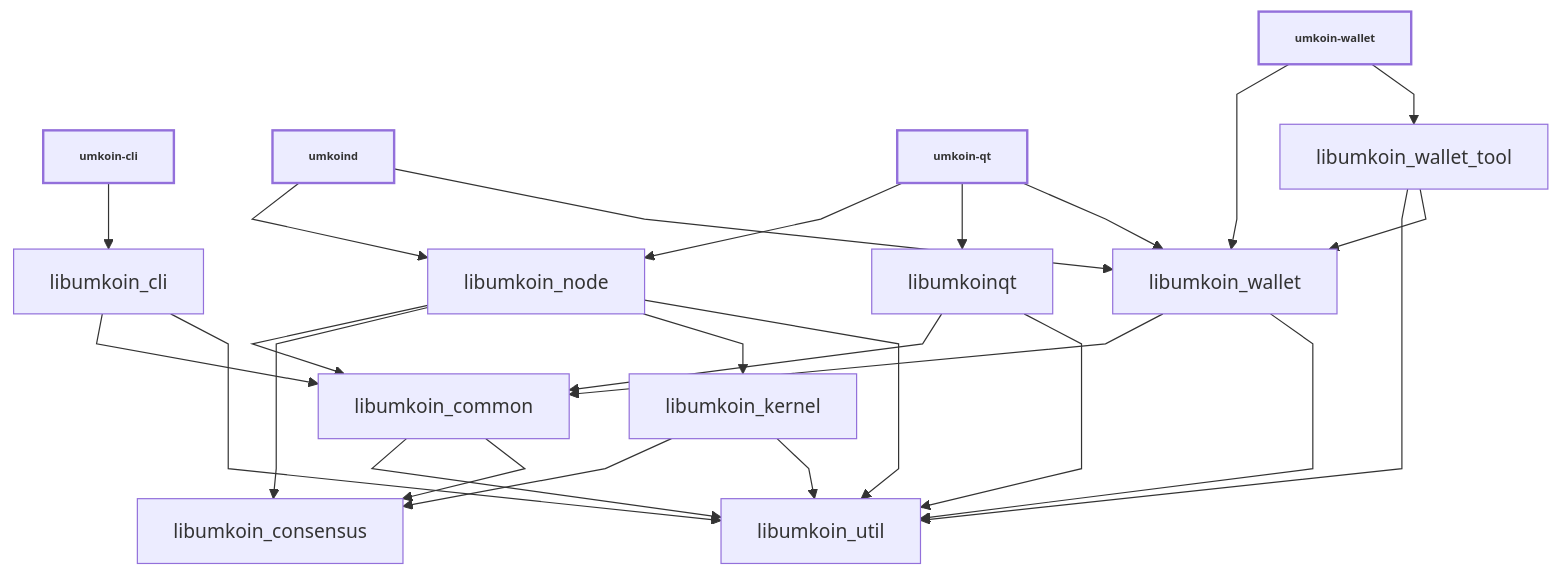
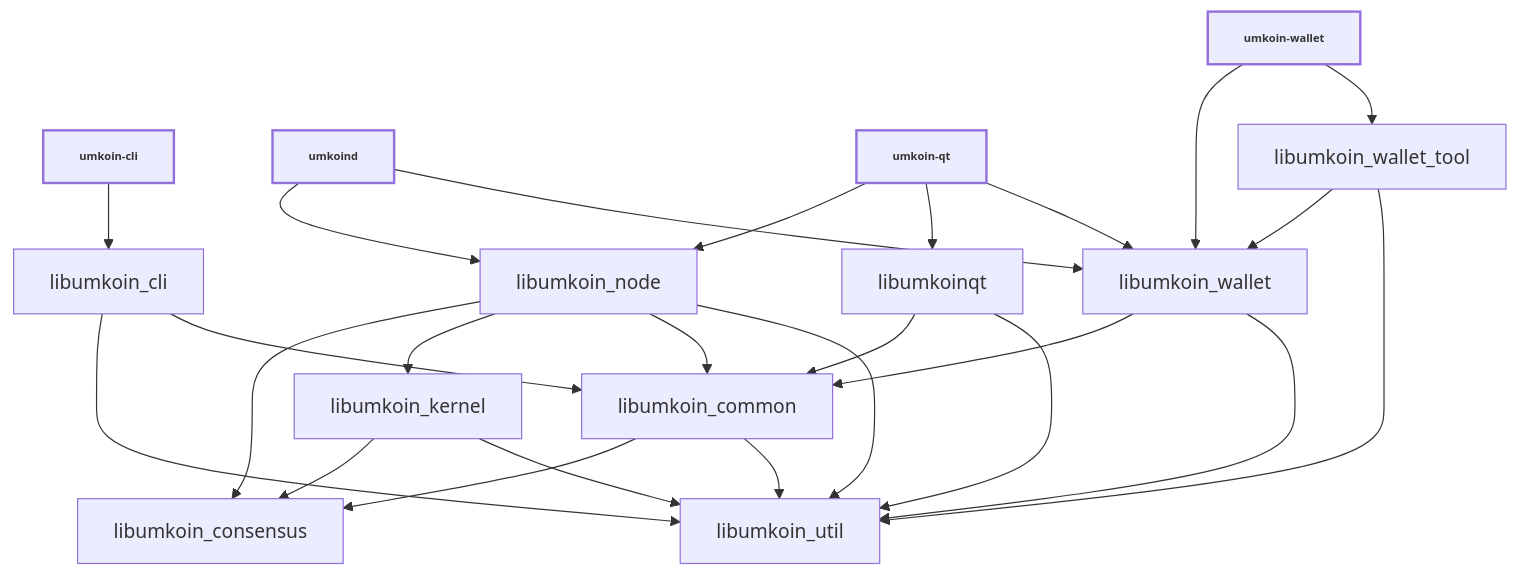
Before and after one commit to umkoin/umkoin: the diagram in doc/design/libraries.md, drawn with Mermaid. The commit also changed other lines of this file, not shown here.

````diff
--- a/doc/design/libraries.md
+++ b/doc/design/libraries.md
@@ -36,44 +36,44 @@
 ```mermaid
 
-%%{ init : { "flowchart" : { "curve" : "linear" }}}%%
+%%{ init : { "flowchart" : { "curve" : "basis" }}}%%
 
 graph TD;
 
 umkoin-cli[umkoin-cli]-->libumkoin_cli;
 
 umkoind[umkoind]-->libumkoin_node;
 umkoind[umkoind]-->libumkoin_wallet;
 
 umkoin-qt[umkoin-qt]-->libumkoin_node;
 umkoin-qt[umkoin-qt]-->libumkoinqt;
 umkoin-qt[umkoin-qt]-->libumkoin_wallet;
 
 umkoin-wallet[umkoin-wallet]-->libumkoin_wallet;
 umkoin-wallet[umkoin-wallet]-->libumkoin_wallet_tool;
 
+libumkoin_cli-->libumkoin_util;
 libumkoin_cli-->libumkoin_common;
-libumkoin_cli-->libumkoin_util;
 
+libumkoin_common-->libumkoin_consensus;
 libumkoin_common-->libumkoin_util;
-libumkoin_common-->libumkoin_consensus;
 
 libumkoin_kernel-->libumkoin_consensus;
 libumkoin_kernel-->libumkoin_util;
 
-libumkoin_node-->libumkoin_common;
 libumkoin_node-->libumkoin_consensus;
 libumkoin_node-->libumkoin_kernel;
+libumkoin_node-->libumkoin_common;
 libumkoin_node-->libumkoin_util;
 
 libumkoinqt-->libumkoin_common;
 libumkoinqt-->libumkoin_util;
 
 libumkoin_wallet-->libumkoin_common;
 libumkoin_wallet-->libumkoin_util;
 
+libumkoin_wallet_tool-->libumkoin_wallet;
 libumkoin_wallet_tool-->libumkoin_util;
-libumkoin_wallet_tool-->libumkoin_wallet;
 
 classDef bold stroke-width:2px, font-weight:bold, font-size: smaller;
 class umkoin-qt,umkoind,umkoin-cli,umkoin-wallet bold
 ```
````
